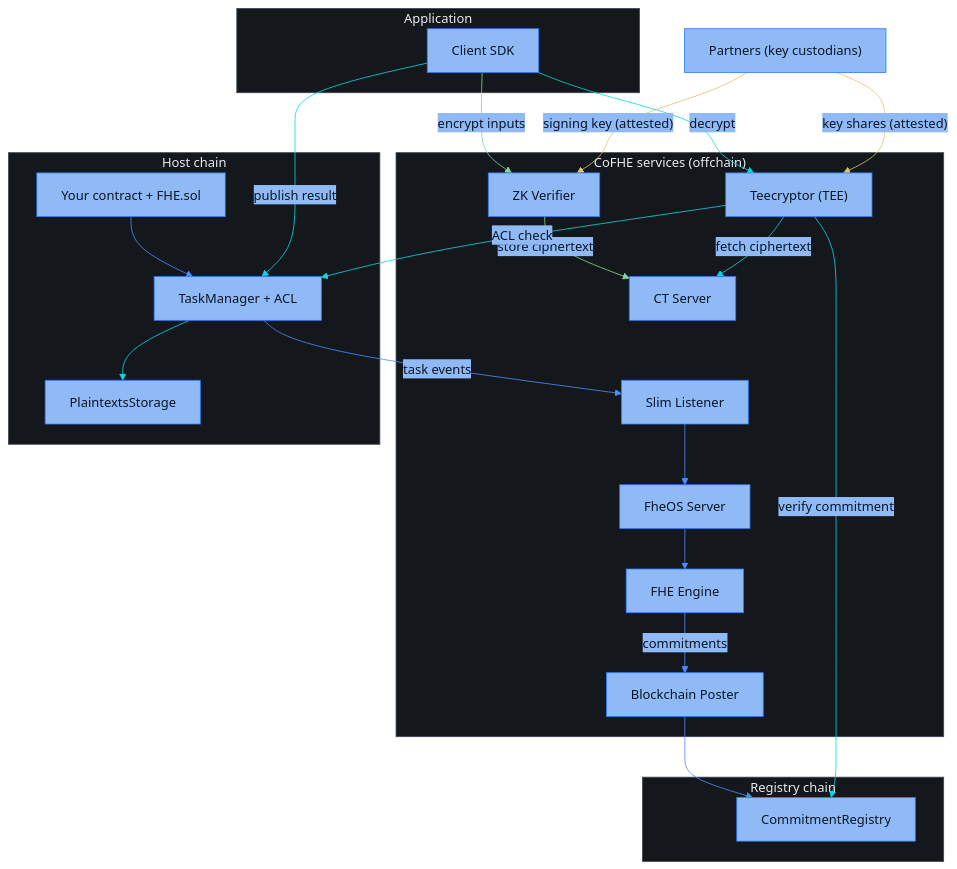
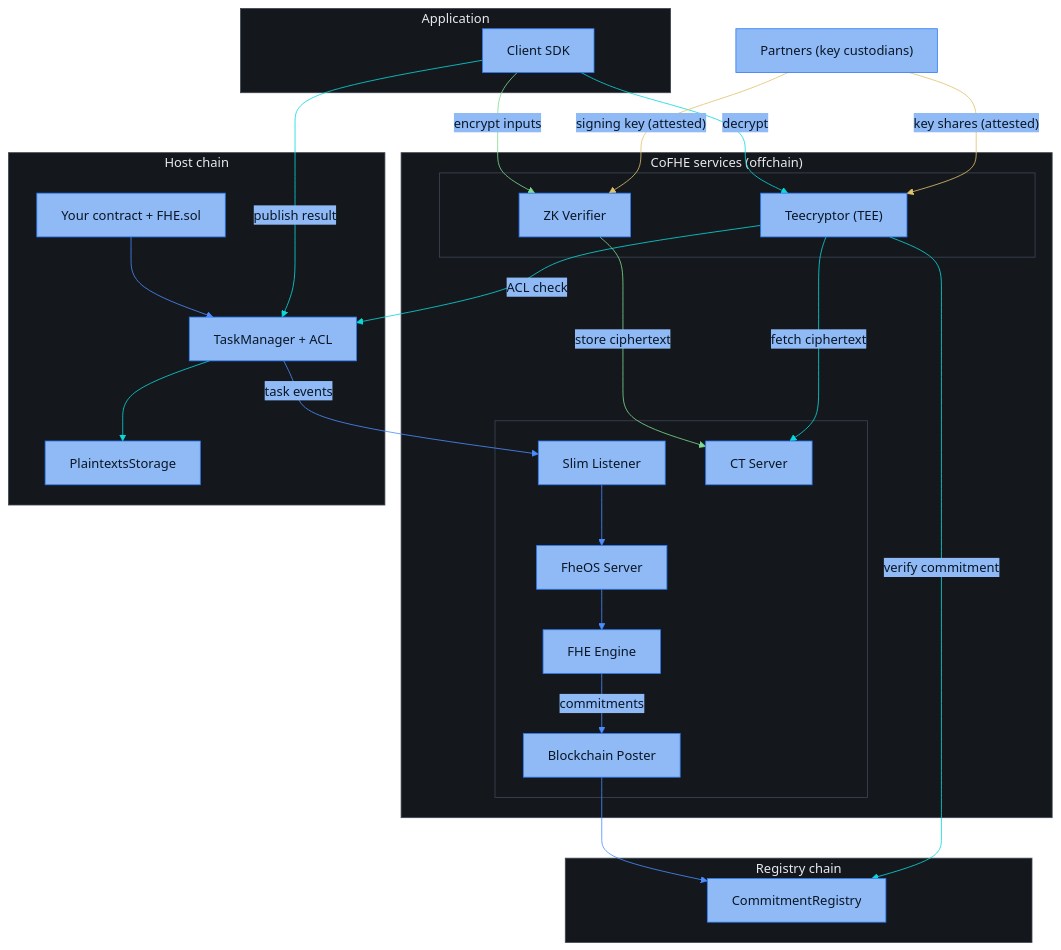
The diagram in deep-dive/cofhe-components/overview.mdx (FhenixProtocol/fhenix-developer-docs), drawn with Mermaid before and after one commit.

Commit message:
[DOCS] deep-dive/overview: group TEEs and cluster services inside the diagram, partners beside the TEEs

````diff
--- a/deep-dive/cofhe-components/overview.mdx
+++ b/deep-dive/cofhe-components/overview.mdx
@@ -8,50 +8,54 @@
 ```mermaid
 %%{init: {"theme": "base", "themeVariables": {"fontFamily": "Menlo, Monaco, Consolas, monospace", "fontSize": "16px", "primaryColor": "#8FBAF5", "primaryBorderColor": "#2E7CF6", "primaryTextColor": "#0A1626", "lineColor": "#4C8DFF", "signalColor": "#4C8DFF", "signalTextColor": "#8FA3BF", "actorBkg": "#8FBAF5", "actorBorder": "#2E7CF6", "actorTextColor": "#0A1626", "actorLineColor": "#3D4654", "noteBkgColor": "#14171C", "noteBorderColor": "#3D4654", "noteTextColor": "#AFC3DE", "activationBkgColor": "#1E3A5F", "activationBorderColor": "#4C8DFF", "clusterBkg": "#14171C", "clusterBorder": "#3D4654", "titleColor": "#E7EAEE", "edgeLabelBackground": "#8FBAF5", "textColor": "#AFC3DE", "labelTextColor": "#E7EAEE", "tertiaryColor": "#14171C", "loopTextColor": "#AFC3DE", "labelBoxBkgColor": "#1E3A5F", "labelBoxBorderColor": "#4C8DFF"}, "sequence": {"actorFontFamily": "Menlo, Monaco, Consolas, monospace", "messageFontFamily": "Menlo, Monaco, Consolas, monospace", "noteFontFamily": "Menlo, Monaco, Consolas, monospace", "width": 220, "actorFontSize": 16, "messageFontSize": 16, "noteFontSize": 15}}}%%
 flowchart TB
     PRT["Partners (key custodians)"]
 
     subgraph App["Application"]
         SDK["Client SDK"]
     end
 
     subgraph CoFHE["CoFHE services (offchain)"]
-        ZK["ZK Verifier"]
-        CTS["CT Server"]
-        TEE["Teecryptor (TEE)"]
-        SL["Slim Listener"]
-        FheOS["FheOS Server"]
-        Engine["FHE Engine"]
-        BP["Blockchain Poster"]
+        subgraph TEES[" "]
+            ZK["ZK Verifier"]
+            TEE["Teecryptor (TEE)"]
+        end
+        subgraph K8S[" "]
+            SL["Slim Listener"]
+            FheOS["FheOS Server"]
+            Engine["FHE Engine"]
+            BP["Blockchain Poster"]
+            CTS["CT Server"]
+        end
     end
 
     subgraph Host["Host chain"]
         FHEC["Your contract + FHE.sol"]
         TM["TaskManager + ACL"]
         PS["PlaintextsStorage"]
     end
 
     subgraph Registry["Registry chain"]
         CR["CommitmentRegistry"]
     end
 
     SDK -- "encrypt inputs" --> ZK
     ZK -- "store ciphertext" --> CTS
     FHEC --> TM
     TM -- "task events" --> SL
     SL --> FheOS
     FheOS --> Engine
     Engine -- "commitments" --> BP
     BP --> CR
     SDK -- "decrypt" --> TEE
     TEE -- "ACL check" --> TM
     TEE -- "fetch ciphertext" --> CTS
     TEE -- "verify commitment" --> CR
     SDK -- "publish result" --> TM
     TM --> PS
     PRT -- "key shares (attested)" --> TEE
     PRT -- "signing key (attested)" --> ZK
 
     linkStyle 0,1 stroke:#7FDB8F
     linkStyle 8,9,10,11,12,13 stroke:#0AD9DC
     linkStyle 14,15 stroke:#E0C36A
 ```
````
